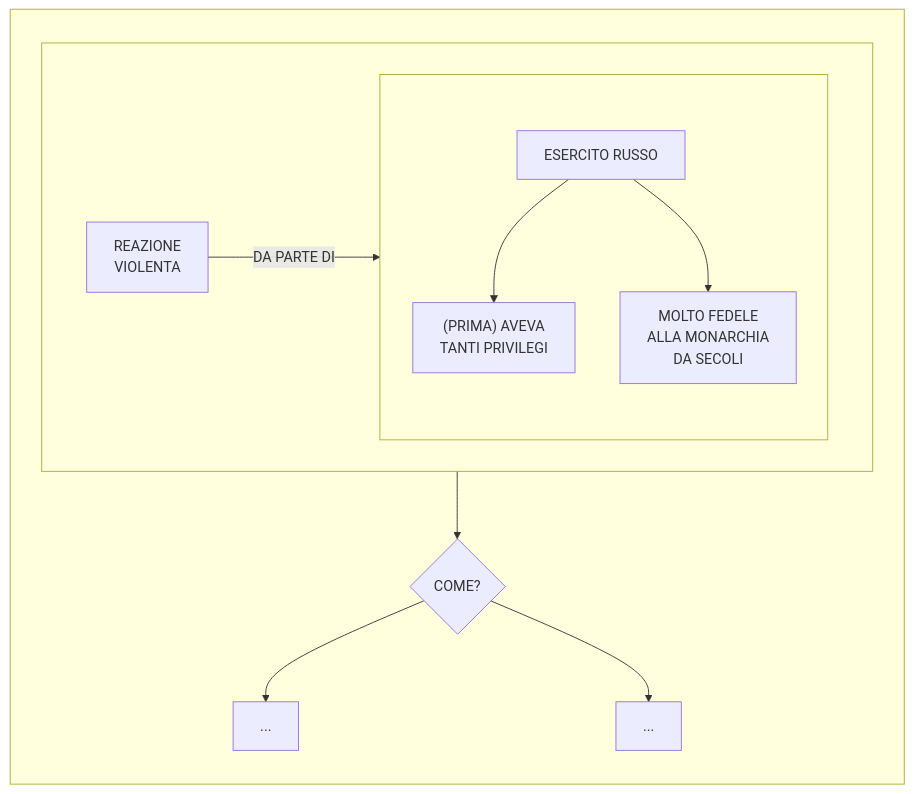
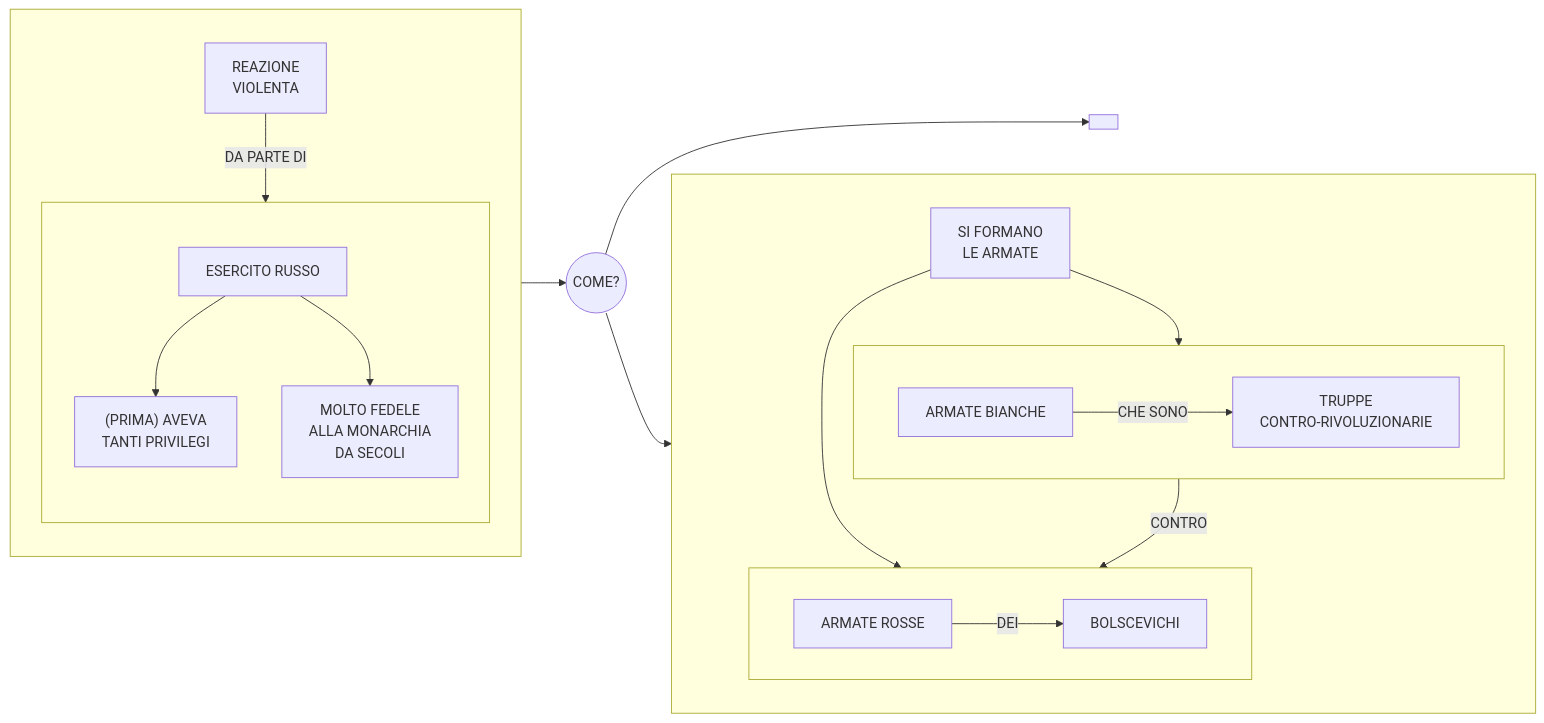
The sixth of 6 diagrams in stalinismo.md (Laaouatni/ricerca-storia-MermaidJS), drawn with Mermaid before and after one commit.

````diff
--- a/stalinismo.md
+++ b/stalinismo.md
@@ -238,21 +238,35 @@
 ```mermaid
 flowchart LR
-    subgraph 022[" "]
-        subgraph 020[" "]
-            0200[REAZIONE <br> VIOLENTA]
-            subgraph 021[" "]
-                direction TB;
-                0210[ESERCITO RUSSO]
-                02100["(PRIMA) AVEVA <BR> TANTI PRIVILEGI"]
-                02101[MOLTO FEDELE <BR> ALLA MONARCHIA <BR> DA SECOLI]
-                0210 --> 02100 & 02101
-            end
-            0200 -->|DA PARTE DI| 021
+    subgraph 020[" "]
+        0200[REAZIONE <br> VIOLENTA]
+        subgraph 021[" "]
+            direction TB;
+            0210[ESERCITO RUSSO]
+            02100["(PRIMA) AVEVA <BR> TANTI PRIVILEGI"]
+            02101[MOLTO FEDELE <BR> ALLA MONARCHIA <BR> DA SECOLI]
+            0210 --> 02100 & 02101
         end
-        04{COME?}
-        040[...]
-        041[...]
-        04 --> 040 & 041
-        020 --> 04  
+        0200 -->|DA PARTE DI| 021
+    end
+    04((COME?))
+    04 --> 1 & 2
+    020 --> 04  
+    subgraph 1[" "]
+        10[SI FORMANO <br> LE ARMATE]
+        subgraph 100[" "]
+            1000[ARMATE BIANCHE]
+            10000[TRUPPE <BR> CONTRO-RIVOLUZIONARIE]
+            1000 -->|CHE SONO| 10000
+        end
+        subgraph 101[" "]
+            1010[ARMATE ROSSE]
+            10100[BOLSCEVICHI]
+            1010 -->|DEI| 10100
+        end
+        10 --> 100 & 101
+        100 --> |CONTRO| 101
+    end
+    subgraph 2[" "]
+        %% 20[SI FORMANO]
     end
 ```
````
